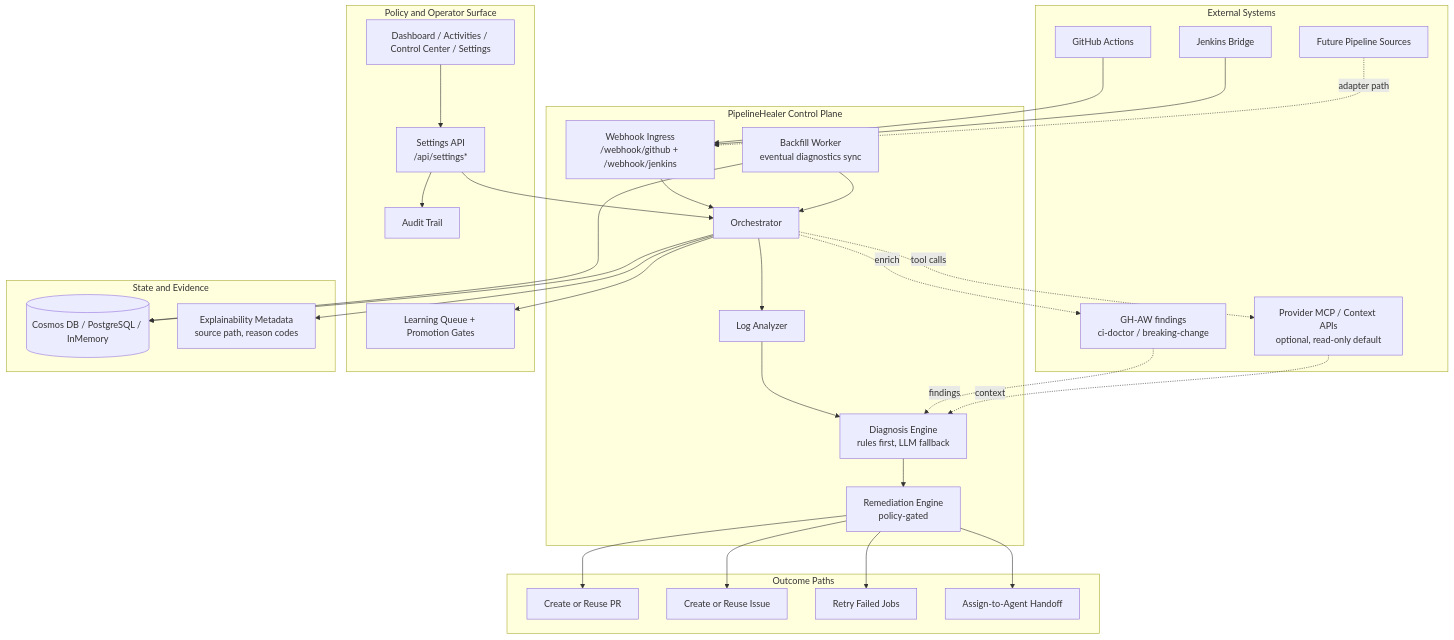
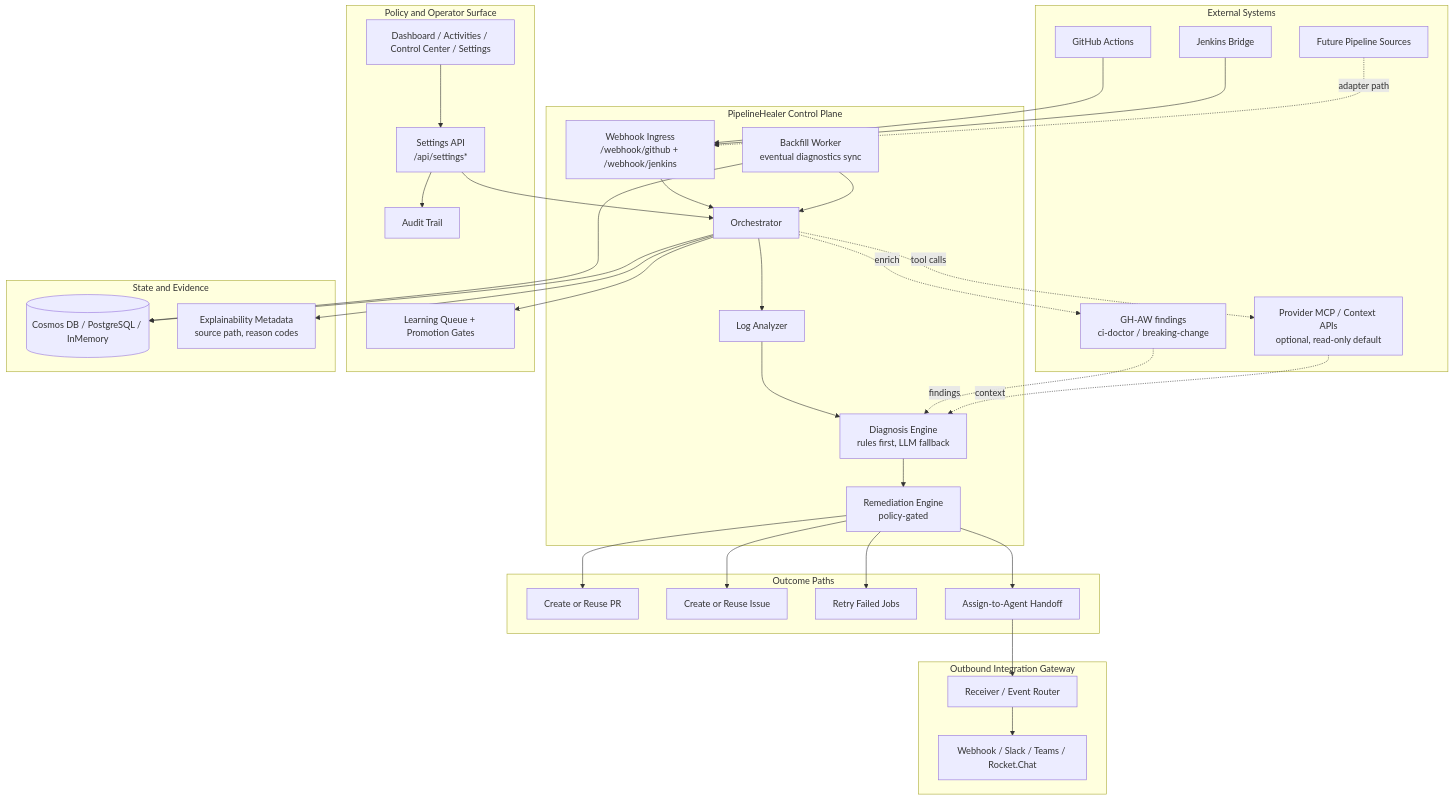
One commit to Canepro/pipelinehealer changed the first of 2 diagrams in README.md. Above: the diagram before and after it, drawn with Mermaid. The commit also changed other lines of this file and 15 other files, not shown here.

````diff
--- a/README.md
+++ b/README.md
@@ -207,60 +211,66 @@
 ```mermaid
 flowchart TB
   subgraph EXT["External Systems"]
     GH["GitHub Actions"]
     JN["Jenkins Bridge"]
     GHAW["GH-AW findings<br/>ci-doctor / breaking-change"]
     MCP["Provider MCP / Context APIs<br/>optional, read-only default"]
     OTH["Future Pipeline Sources"]
   end
 
   subgraph CTRL["PipelineHealer Control Plane"]
     WH["Webhook Ingress<br/>/webhook/github + /webhook/jenkins"]
     ORCH["Orchestrator"]
     ANA["Log Analyzer"]
     DIA["Diagnosis Engine<br/>rules first, LLM fallback"]
     REM["Remediation Engine<br/>policy-gated"]
     BF["Backfill Worker<br/>eventual diagnostics sync"]
   end
 
   subgraph GOV["Policy and Operator Surface"]
     UI["Dashboard / Activities / Control Center / Settings"]
     API["Settings API<br/>/api/settings*"]
     AUD["Audit Trail"]
     LRN["Learning Queue + Promotion Gates"]
   end
 
   subgraph DATA["State and Evidence"]
     DB[("Cosmos DB / PostgreSQL / InMemory")]
     EXP["Explainability Metadata<br/>source path, reason codes"]
   end
 
   subgraph OUT["Outcome Paths"]
     PR["Create or Reuse PR"]
     IS["Create or Reuse Issue"]
     RR["Retry Failed Jobs"]
     HO["Assign-to-Agent Handoff"]
   end
 
+  subgraph GATE["Outbound Integration Gateway"]
+    RECV["Receiver / Event Router"]
+    SINK["Webhook / Slack / Teams / Rocket.Chat"]
+  end
+
   GH --> WH --> ORCH
   JN --> WH
   OTH -. adapter path .-> WH
   ORCH --> ANA --> DIA --> REM
   REM --> PR
   REM --> IS
   REM --> RR
   REM --> HO
+  HO --> RECV --> SINK
 
   ORCH -. enrich .-> GHAW
   GHAW -. findings .-> DIA
   ORCH -. tool calls .-> MCP
   MCP -. context .-> DIA
 
   UI --> API --> ORCH
   API --> AUD
   ORCH --> LRN
   BF --> ORCH
   BF --> DB
   ORCH --> DB
   ORCH --> EXP
 ```
````
